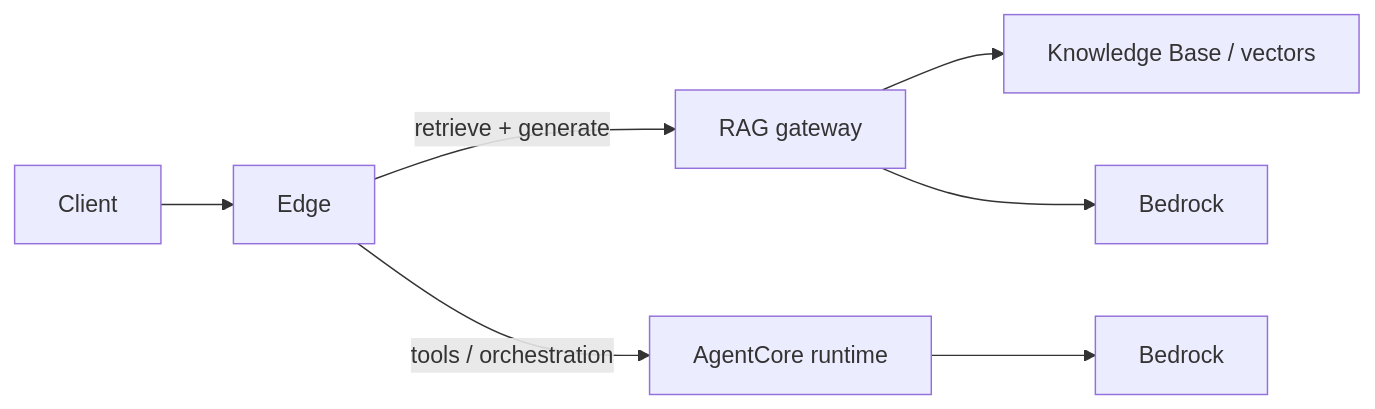
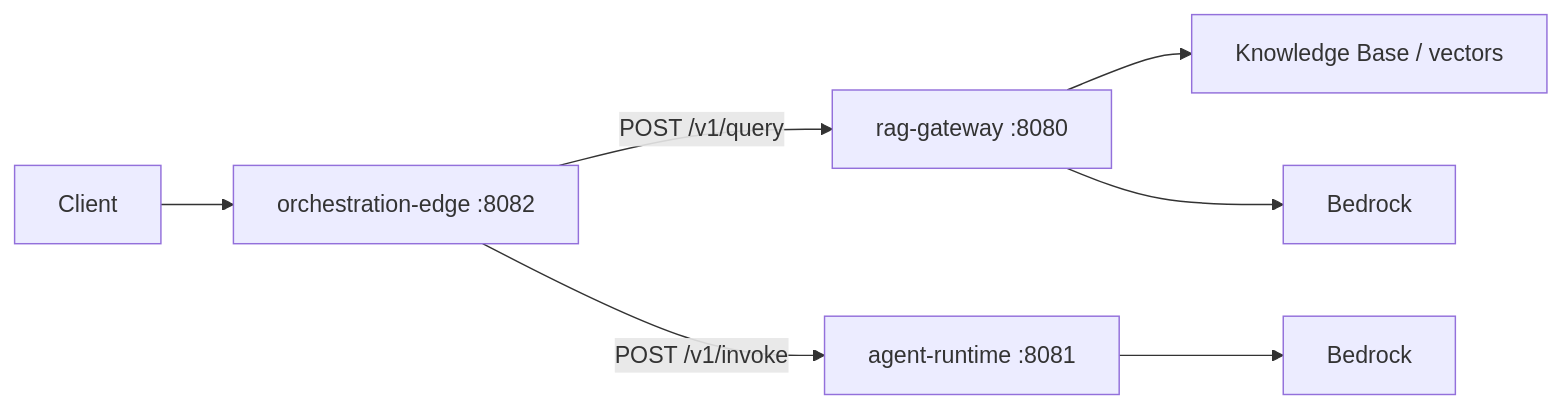
Before and after one commit to LordKay-sudo/bedrock-rag-agentcore-split: the diagram in docs/ARCHITECTURE.md, drawn with Mermaid. The commit also changed other lines of this file and 31 other files, not shown here.

Commit message:
Add orchestration-edge service with routing, downstream forwarding, and compose stack

````diff
--- a/docs/ARCHITECTURE.md
+++ b/docs/ARCHITECTURE.md
@@ -26,9 +27,9 @@
 ```mermaid
 flowchart LR
-  Client --> Edge
-  Edge -->|retrieve + generate| RAG[RAG gateway]
-  Edge -->|tools / orchestration| Agent[AgentCore runtime]
+  Client --> Edge[orchestration-edge :8082]
+  Edge -->|POST /v1/query| RAG[rag-gateway :8080]
+  Edge -->|POST /v1/invoke| Agent[agent-runtime :8081]
   RAG --> KB[Knowledge Base / vectors]
   RAG --> Bedrock1[Bedrock]
   Agent --> Bedrock2[Bedrock]
 ```
````
